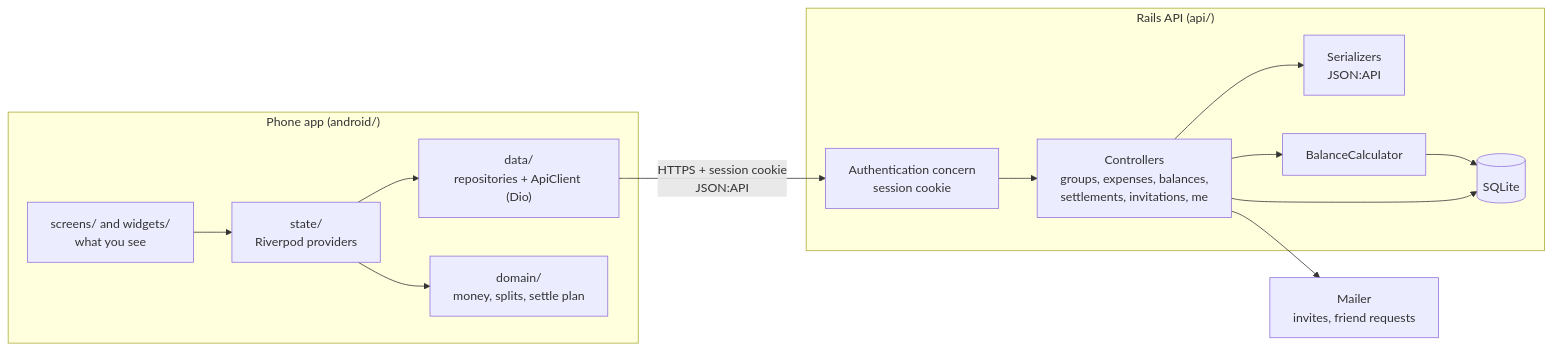
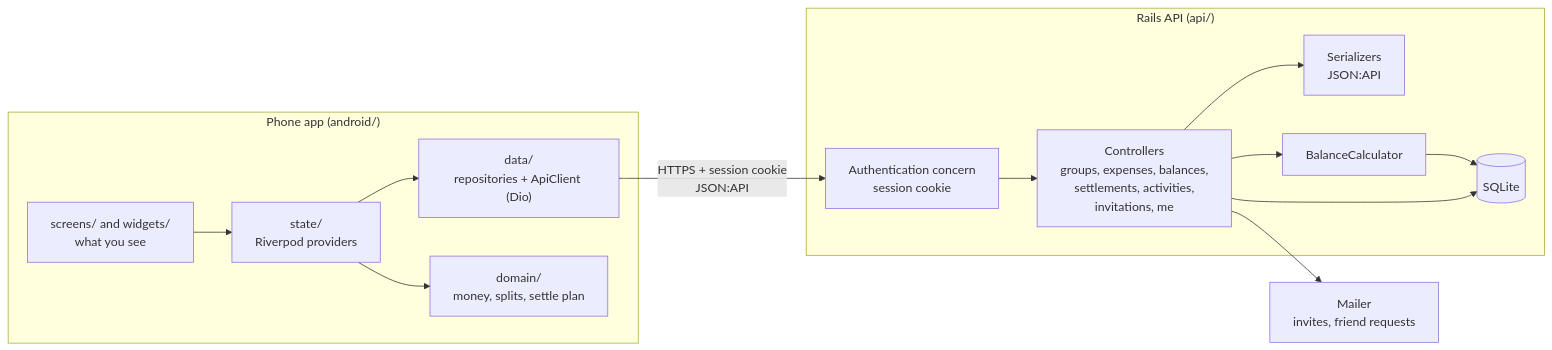
Before and after one commit to t-rex777/ezsplit_rails: the diagram in README.md, drawn with Mermaid. The commit also changed other lines of this file and 35 other files, not shown here.

````diff
--- a/README.md
+++ b/README.md
@@ -14,26 +14,26 @@
 ```mermaid
 flowchart LR
   subgraph Phone["Phone app (android/)"]
     UI["screens/ and widgets/<br/>what you see"]
     State["state/<br/>Riverpod providers"]
     Data["data/<br/>repositories + ApiClient (Dio)"]
     Domain["domain/<br/>money, splits, settle plan"]
     UI --> State --> Data
     State --> Domain
   end
 
   subgraph Server["Rails API (api/)"]
     Auth["Authentication concern<br/>session cookie"]
-    Ctrl["Controllers<br/>groups, expenses, balances,<br/>settlements, invitations, me"]
+    Ctrl["Controllers<br/>groups, expenses, balances,<br/>settlements, activities,<br/>invitations, me"]
     Ser["Serializers<br/>JSON:API"]
     Calc["BalanceCalculator"]
     DB[("SQLite")]
     Auth --> Ctrl --> Ser
     Ctrl --> Calc --> DB
     Ctrl --> DB
   end
 
   Mail["Mailer<br/>invites, friend requests"]
   Data -- "HTTPS + session cookie<br/>JSON:API" --> Auth
   Ctrl --> Mail
 ```
````
